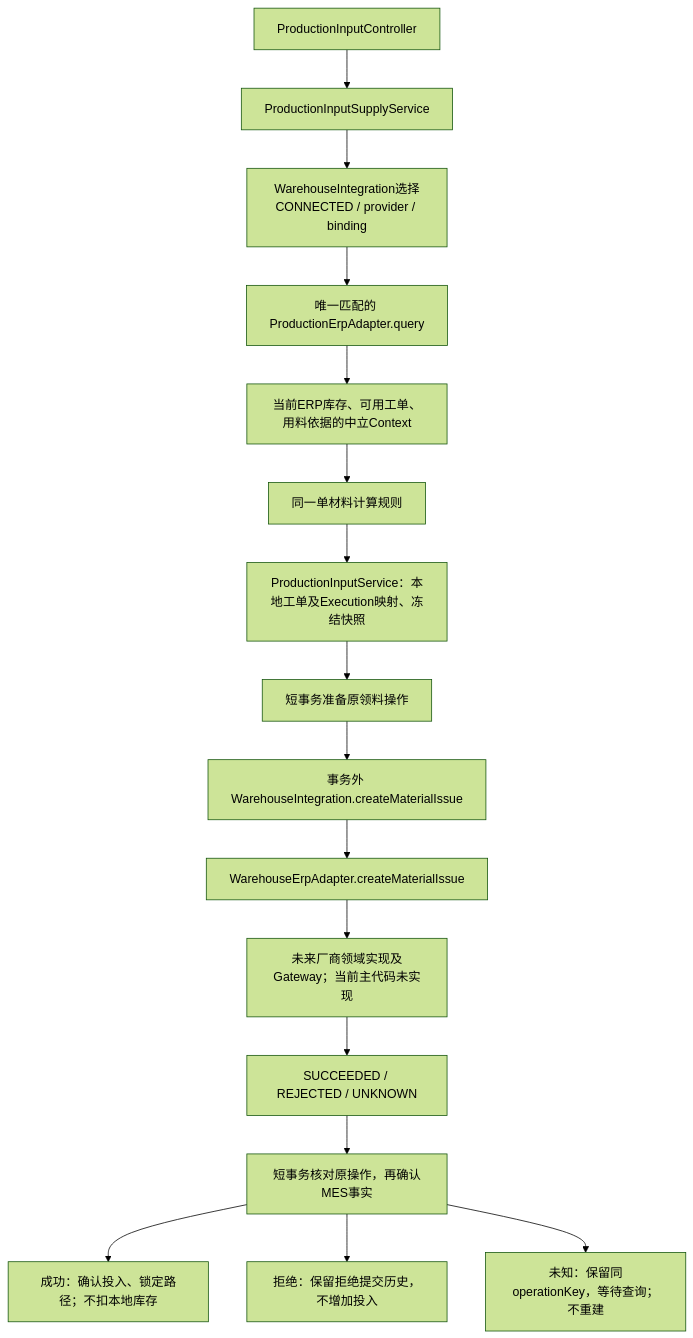
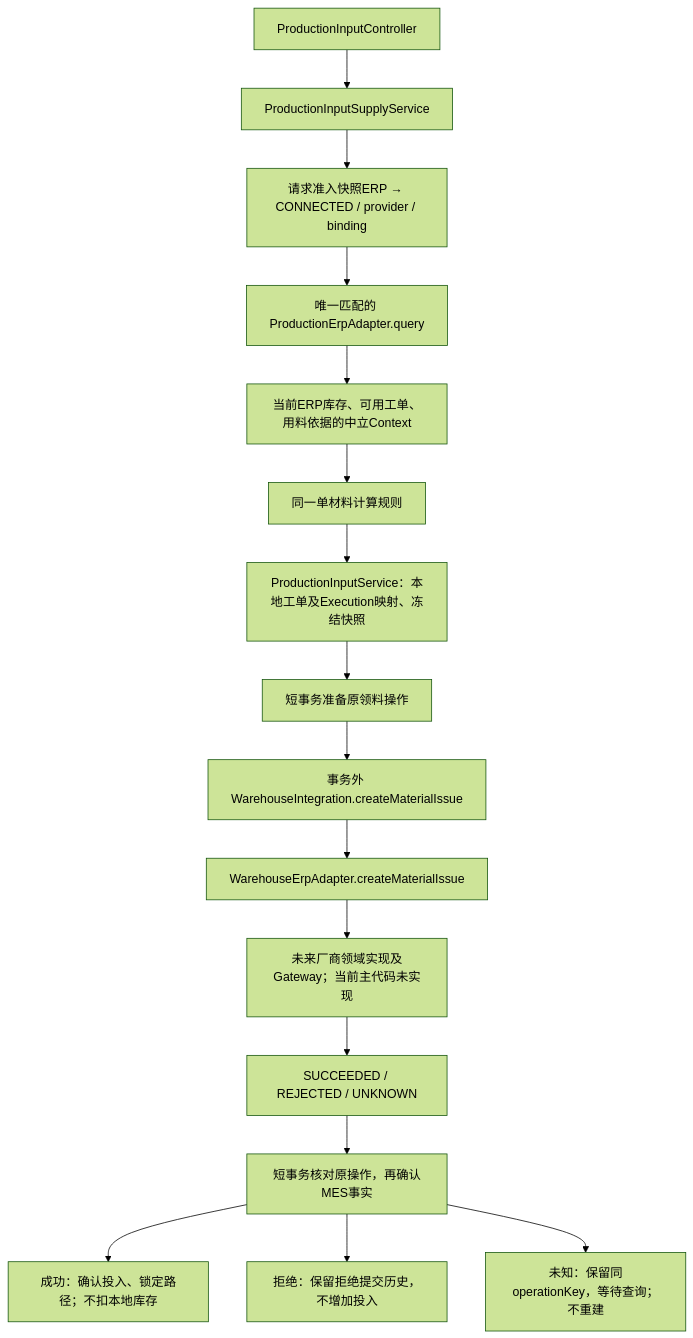
Before and after one commit to codeinsightlab/mes-base: the second of 6 diagrams in docs/reviews/2026-10-17-production-warehouse-boundary-review.md, drawn with Mermaid (forest theme). The commit also changed other lines of this file and 34 other files, not shown here.

````diff
--- a/docs/reviews/2026-10-17-production-warehouse-boundary-review.md
+++ b/docs/reviews/2026-10-17-production-warehouse-boundary-review.md
@@ -64,18 +70,18 @@
 ```mermaid
 flowchart TD
  C[ProductionInputController] --> S[ProductionInputSupplyService]
- S --> SEL[WarehouseIntegration选择CONNECTED / provider / binding]
+ S --> SEL[请求准入快照ERP → CONNECTED / provider / binding]
  SEL --> P[唯一匹配的 ProductionErpAdapter.query]
  P --> CTX[当前ERP库存、可用工单、用料依据的中立Context]
  CTX --> CALC[同一单材料计算规则]
  CALC --> I[ProductionInputService：本地工单及Execution映射、冻结快照]
  I --> PREP[短事务准备原领料操作]
  PREP --> WI[事务外 WarehouseIntegration.createMaterialIssue]
  WI --> A[WarehouseErpAdapter.createMaterialIssue]
  A --> V[未来厂商领域实现及Gateway；当前主代码未实现]
  V --> RESULT[SUCCEEDED / REJECTED / UNKNOWN]
  RESULT --> APPLY[短事务核对原操作，再确认MES事实]
  APPLY --> OK[成功：确认投入、锁定路径；不扣本地库存]
  APPLY --> REJ[拒绝：保留拒绝提交历史，不增加投入]
  APPLY --> UNK[未知：保留同operationKey，等待查询；不重建]
 ```
````
